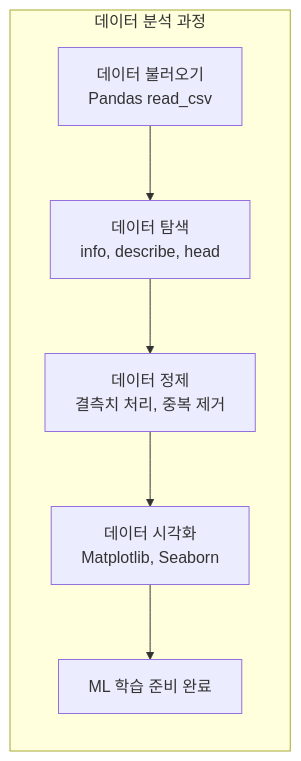
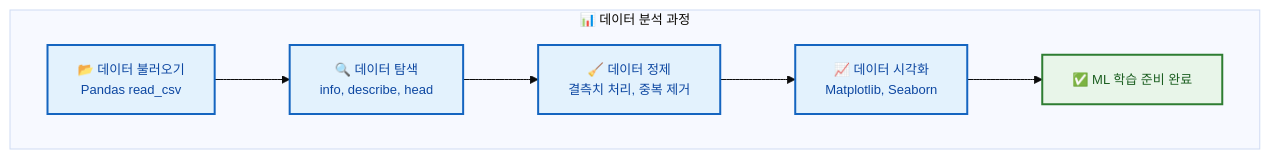
The sixth of 19 diagrams in ai-programming/README.md (jingu279/Document), drawn with Mermaid before and after one commit. The commit also changed other lines of this file, not shown here.

First line of the commit message:
README Mermaid 다이어그램 스타일링 개선

````diff
--- a/ai-programming/README.md
+++ b/ai-programming/README.md
@@ -168,9 +226,19 @@
 ```mermaid
+%%{init: {'theme': 'base', 'themeVariables': {'fontSize': '13px'}}}%%
 flowchart LR
-  subgraph EDA[데이터 분석 과정]
-    Load["데이터 불러오기<br/>Pandas read_csv"] --> Explore["데이터 탐색<br/>info, describe, head"]
-    Explore --> Clean["데이터 정제<br/>결측치 처리, 중복 제거"]
-    Clean --> Viz["데이터 시각화<br/>Matplotlib, Seaborn"]
-    Viz --> MLReady["ML 학습 준비 완료"]
+  subgraph EDA[📊 데이터 분석 과정]
+    direction LR
+    Load["📂 데이터 불러오기<br/>Pandas read_csv"]
+    Explore["🔍 데이터 탐색<br/>info, describe, head"]
+    Clean["🧹 데이터 정제<br/>결측치 처리, 중복 제거"]
+    Viz["📈 데이터 시각화<br/>Matplotlib, Seaborn"]
+    MLReady["✅ ML 학습 준비 완료"]
   end
+
+  Load --> Explore --> Clean --> Viz --> MLReady
+
+  classDef step fill:#e3f2fd,stroke:#1565c0,stroke-width:2px,color:#0d47a1
+  classDef done fill:#e8f5e9,stroke:#2e7d32,stroke-width:2px,color:#1b5e20
+  class Load,Explore,Clean,Viz step
+  class MLReady done
 ```
````
